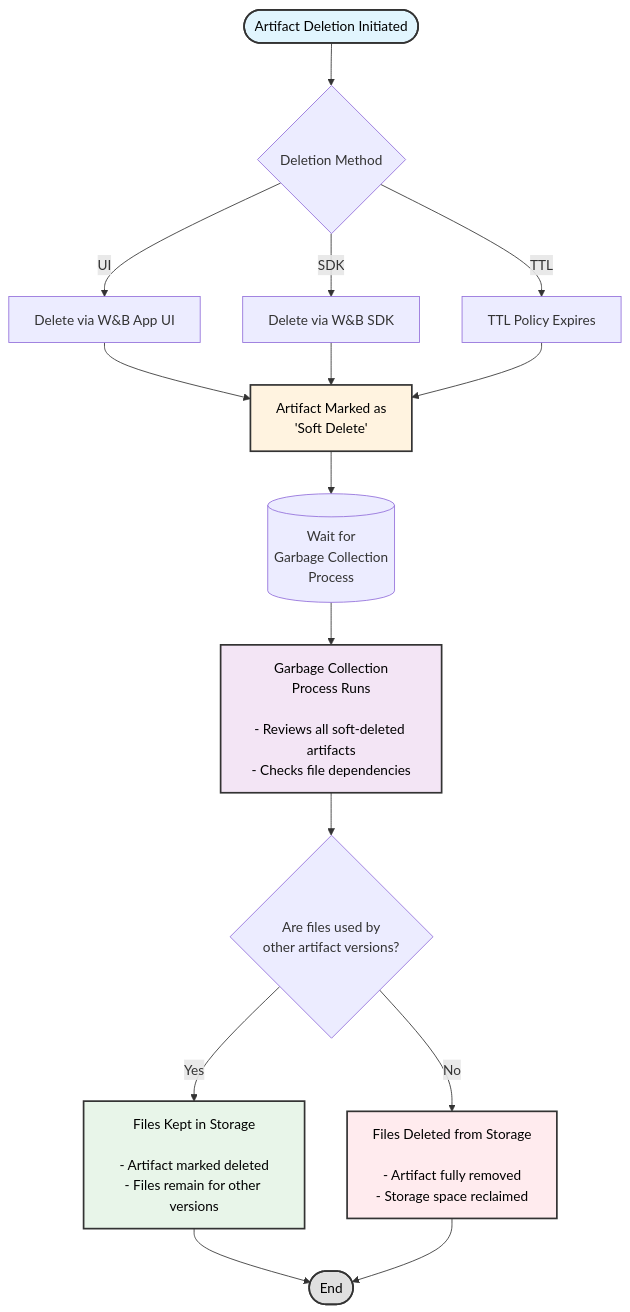
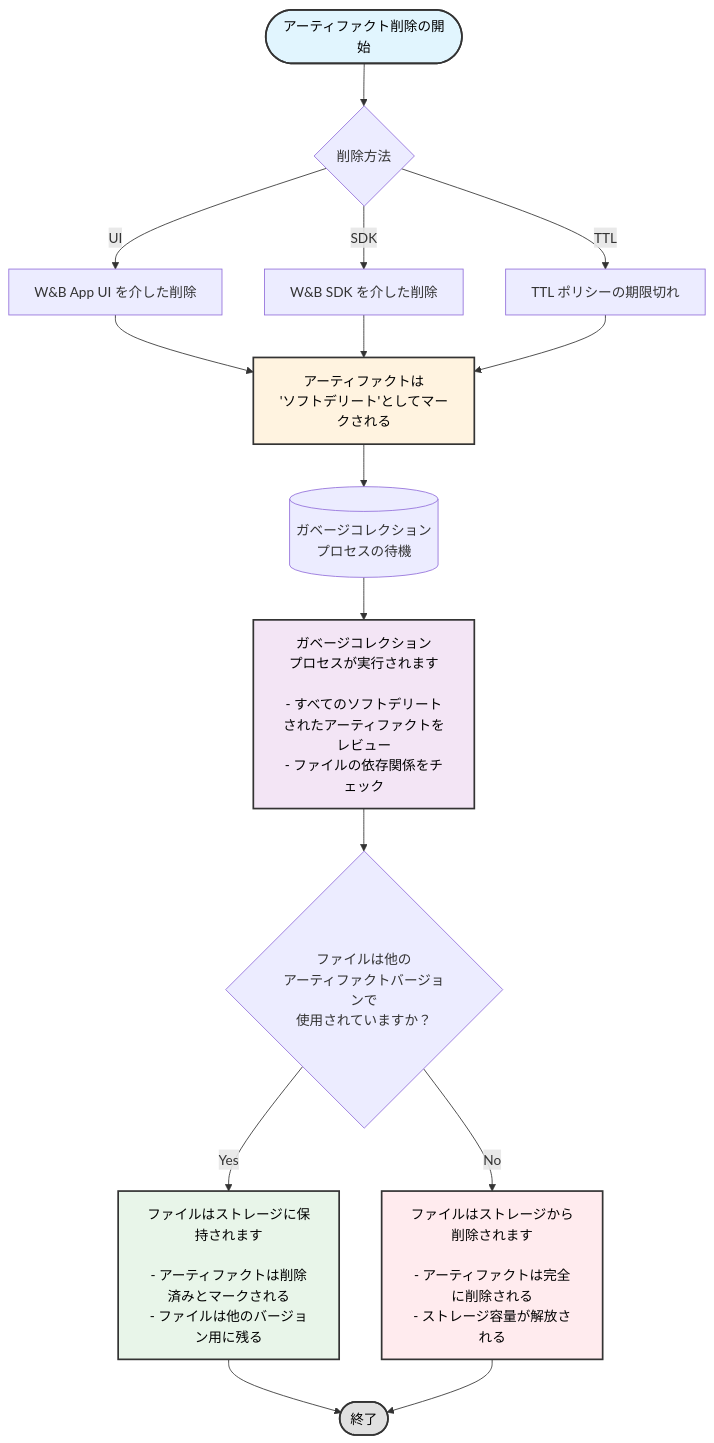
The diagram in content/ja/guides/core/artifacts/manage-data/delete-artifacts.md (wandb/docs), drawn with Mermaid before and after one commit. The commit also changed other lines of this file and 661 other files, not shown here.

````diff
--- a/content/ja/guides/core/artifacts/manage-data/delete-artifacts.md
+++ b/content/ja/guides/core/artifacts/manage-data/delete-artifacts.md
@@ -19,31 +14,31 @@
 ```mermaid
 graph TB
-    Start([Artifact Deletion Initiated]) --> DeleteMethod{Deletion Method}
+    Start([アーティファクト削除の開始]) --> DeleteMethod{削除方法}
     
-    DeleteMethod -->|UI| UIDelete[Delete via W&B App UI]
-    DeleteMethod -->|SDK| SDKDelete[Delete via W&B SDK]
-    DeleteMethod -->|TTL| TTLDelete[TTL Policy Expires]
+    DeleteMethod -->|UI| UIDelete[W&B App UI を介した削除]
+    DeleteMethod -->|SDK| SDKDelete[W&B SDK を介した削除]
+    DeleteMethod -->|TTL| TTLDelete[TTL ポリシーの期限切れ]
     
-    UIDelete --> SoftDelete[Artifact Marked as<br/>'Soft Delete']
+    UIDelete --> SoftDelete[アーティファクトは<br/>'ソフトデリート'としてマークされる]
     SDKDelete --> SoftDelete
     TTLDelete --> SoftDelete
     
-    SoftDelete --> GCWait[(Wait for<br/>Garbage Collection<br/>Process)]
+    SoftDelete --> GCWait[(ガベージコレクション<br/>プロセスの待機)]
     
-    GCWait --> GCRun[Garbage Collection<br/>Process Runs<br/><br/>- Reviews all soft-deleted artifacts<br/>- Checks file dependencies]
+    GCWait --> GCRun[ガベージコレクション<br/>プロセスが実行されます<br/><br/>- すべてのソフトデリートされたアーティファクトをレビュー<br/>- ファイルの依存関係をチェック]
     
-    GCRun --> CheckUsage{Are files used by<br/>other artifact versions?}
+    GCRun --> CheckUsage{ファイルは他の<br/>アーティファクトバージョンで<br/>使用されていますか？}
     
-    CheckUsage -->|Yes| KeepFiles[Files Kept in Storage<br/><br/>- Artifact marked deleted<br/>- Files remain for other versions]
-    CheckUsage -->|No| DeleteFiles[Files Deleted from Storage<br/><br/>- Artifact fully removed<br/>- Storage space reclaimed]
+    CheckUsage -->|Yes| KeepFiles[ファイルはストレージに保持されます<br/><br/>- アーティファクトは削除済みとマークされる<br/>- ファイルは他のバージョン用に残る]
+    CheckUsage -->|No| DeleteFiles[ファイルはストレージから削除されます<br/><br/>- アーティファクトは完全に削除される<br/>- ストレージ容量が解放される]
     
-    KeepFiles --> End([End])
+    KeepFiles --> End([終了])
     DeleteFiles --> End
     
     style Start fill:#e1f5fe,stroke:#333,stroke-width:2px,color:#000
     style SoftDelete fill:#fff3e0,stroke:#333,stroke-width:2px,color:#000
     style GCRun fill:#f3e5f5,stroke:#333,stroke-width:2px,color:#000
     style KeepFiles fill:#e8f5e9,stroke:#333,stroke-width:2px,color:#000
     style DeleteFiles fill:#ffebee,stroke:#333,stroke-width:2px,color:#000
     style End fill:#e0e0e0,stroke:#333,stroke-width:2px,color:#000
 ``` 
````
